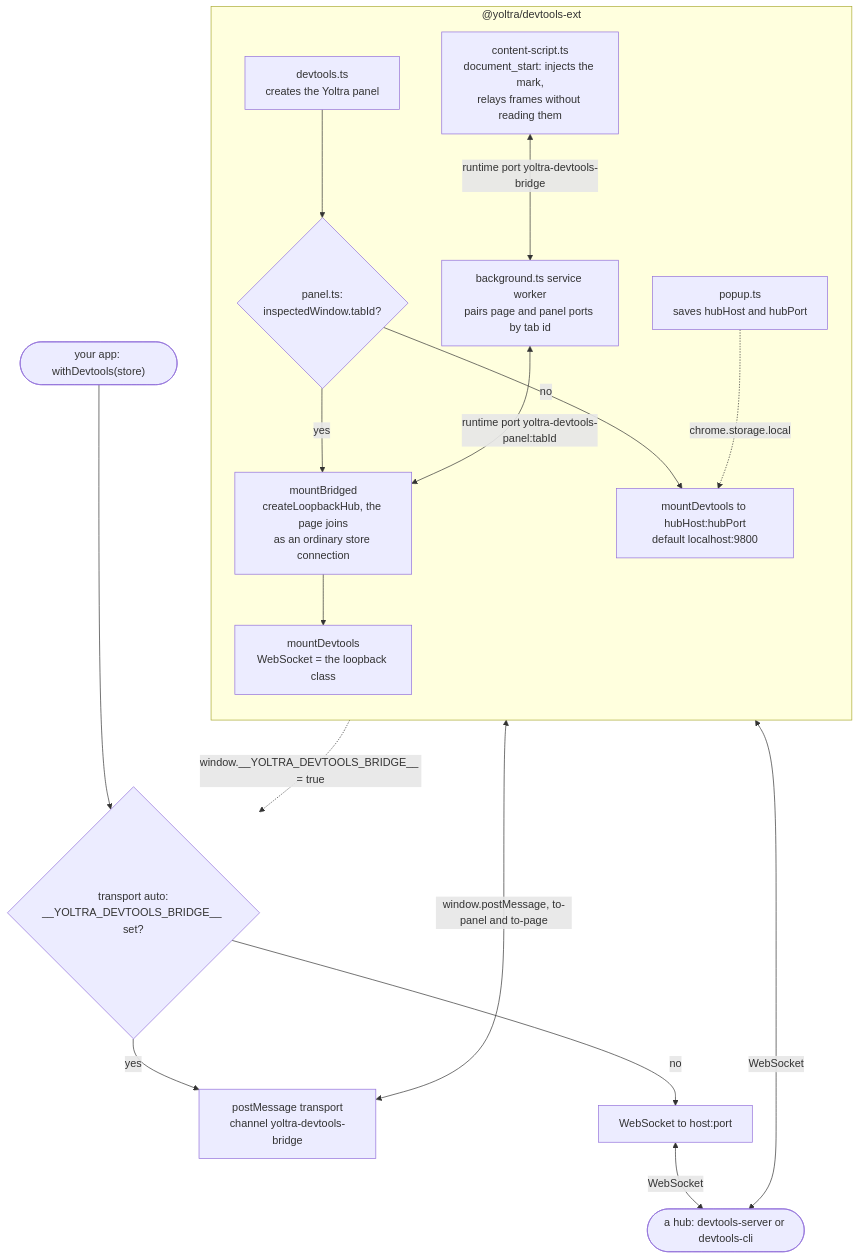
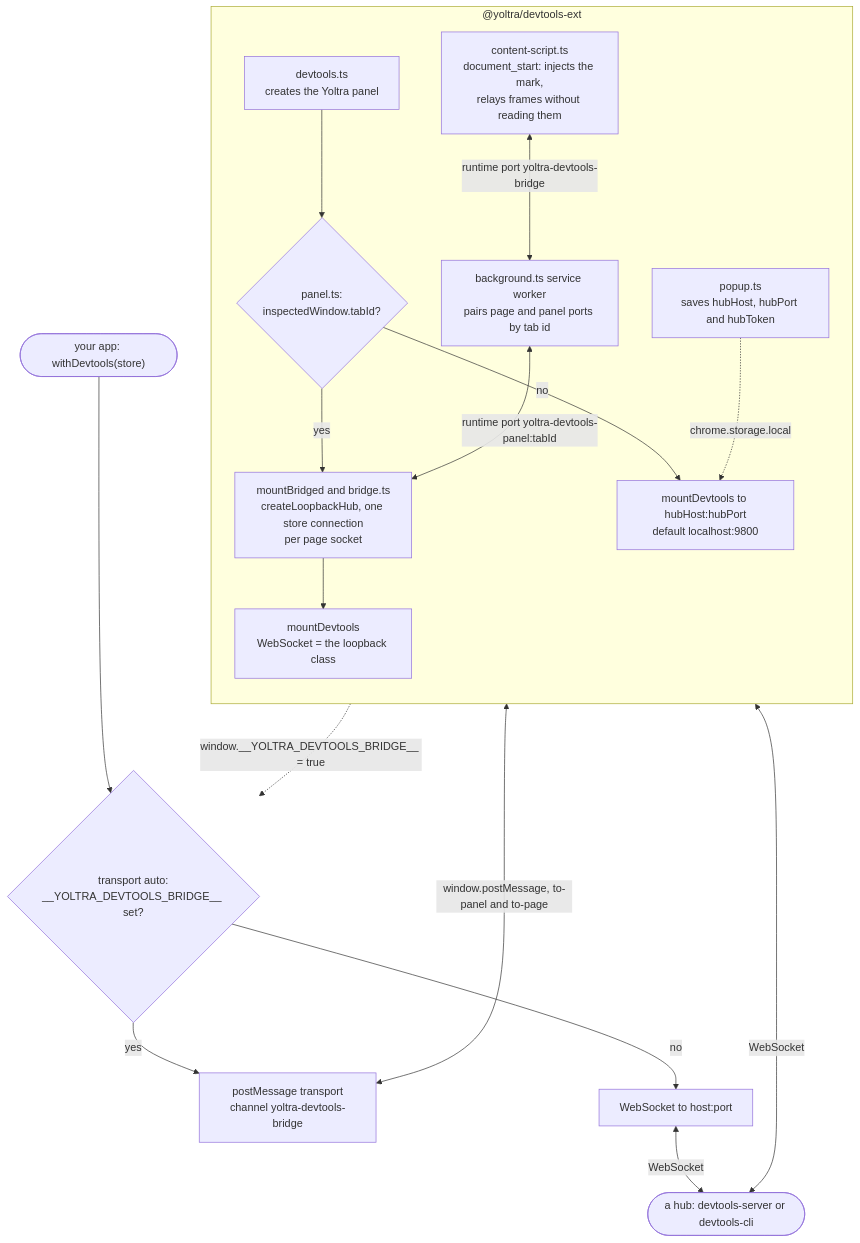
One commit to yoltra/yoltra changed the diagram in devtools/devtools-ext/README.md. Above: the diagram before and after it, drawn with Mermaid. The commit also changed other lines of this file and 102 other files, not shown here.

First line of the commit message:
fix(devtools): tokens on every side, a fresh panel that updates, one connection per store

````diff
--- a/devtools/devtools-ext/README.md
+++ b/devtools/devtools-ext/README.md
@@ -57,27 +57,27 @@
 ```mermaid
 flowchart TD
     page(["your app: withDevtools(store)"])
     hubNode(["a hub: devtools-server or devtools-cli"])
 
     page --> mark{"transport auto:<br/>__YOLTRA_DEVTOOLS_BRIDGE__ set?"}
     mark -->|"yes"| pm["postMessage transport<br/>channel yoltra-devtools-bridge"]
     mark -->|"no"| ws["WebSocket to host:port"]
 
     subgraph ext ["@yoltra/devtools-ext"]
     direction TB
         cs["content-script.ts<br/>document_start: injects the mark,<br/>relays frames without reading them"]
         bg["background.ts service worker<br/>pairs page and panel ports by tab id"]
         dt["devtools.ts<br/>creates the Yoltra panel"] --> panel{"panel.ts:<br/>inspectedWindow.tabId?"}
-        panel -->|"yes"| bridged["mountBridged<br/>createLoopbackHub, the page joins<br/>as an ordinary store connection"]
+        panel -->|"yes"| bridged["mountBridged and bridge.ts<br/>createLoopbackHub, one store connection<br/>per page socket"]
         panel -->|"no"| direct["mountDevtools to hubHost:hubPort<br/>default localhost:9800"]
-        popup["popup.ts<br/>saves hubHost and hubPort"] -.->|"chrome.storage.local"| direct
+        popup["popup.ts<br/>saves hubHost, hubPort and hubToken"] -.->|"chrome.storage.local"| direct
         bridged --> loopUi["mountDevtools<br/>WebSocket = the loopback class"]
     end
 
     cs -.->|"window.__YOLTRA_DEVTOOLS_BRIDGE__ = true"| mark
     pm <-->|"window.postMessage, to-panel and to-page"| cs
     cs <-->|"runtime port yoltra-devtools-bridge"| bg
     bg <-->|"runtime port yoltra-devtools-panel:tabId"| bridged
     ws <-->|"WebSocket"| hubNode
     direct <-->|"WebSocket"| hubNode
 ```
````
